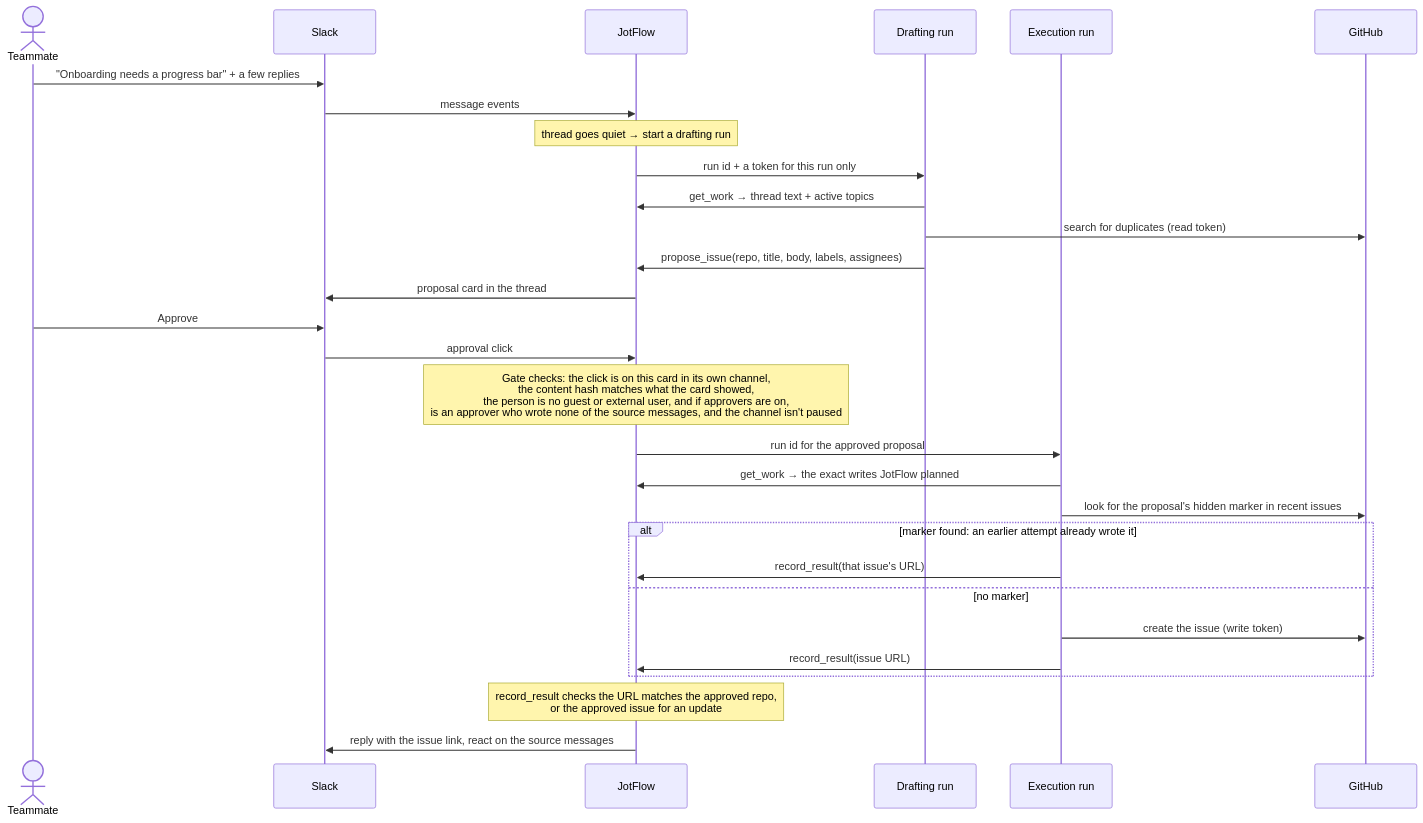
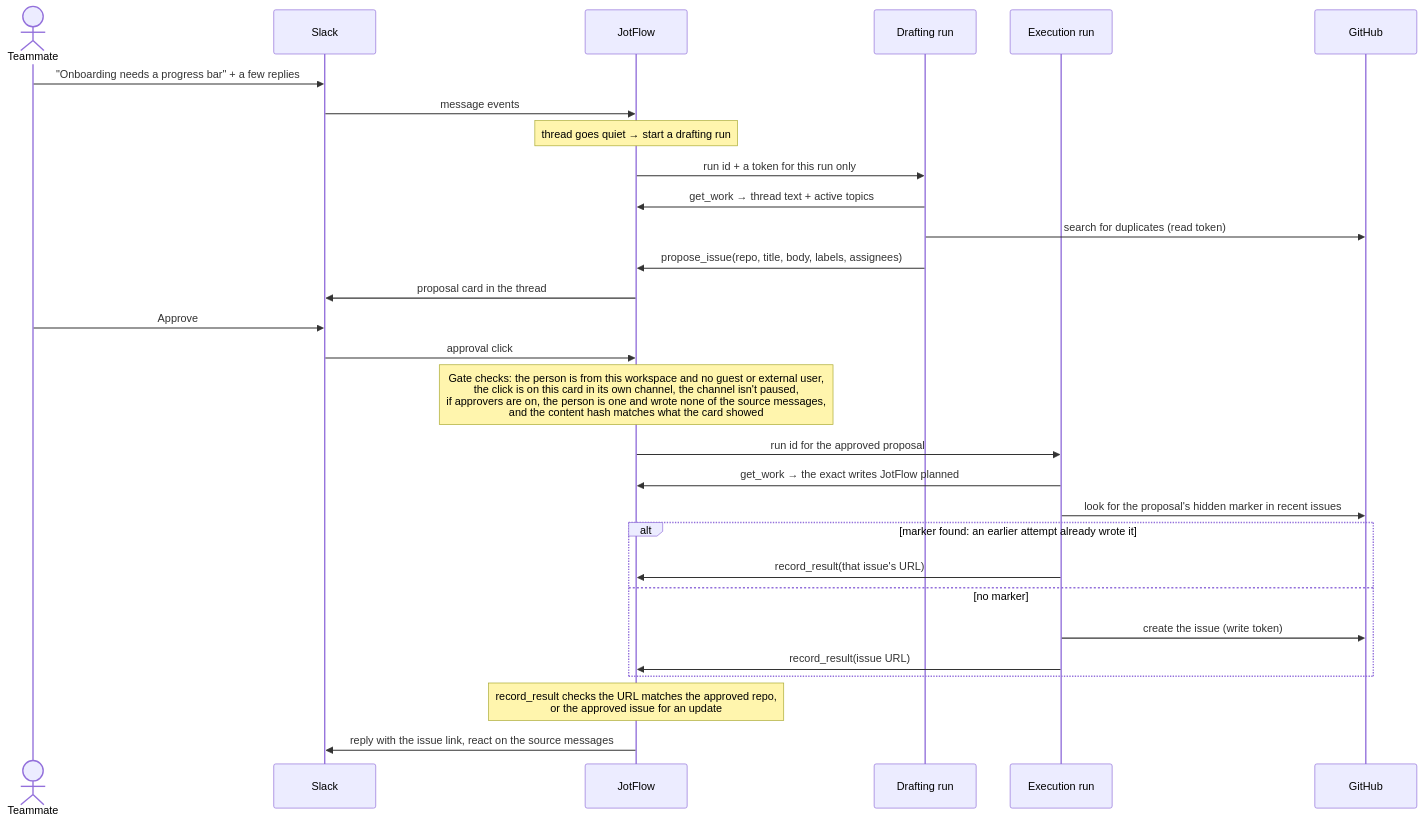
The second of 2 diagrams in README.md (Jnkman787/jotflow), drawn with Mermaid before and after one commit.

Commit message:
docs(readme): list the approval gate's checks in approval.py's order (#224)
* docs(readme): list the approval gate's checks in approval.py's order

Refs #41

* docs(readme): the gate Note's line breaks as the lead worded them

````diff
--- a/README.md
+++ b/README.md
@@ -72,32 +72,32 @@
 ```mermaid
 sequenceDiagram
     actor T as Teammate
     participant S as Slack
     participant U as JotFlow
     participant D as Drafting run
     participant E as Execution run
     participant G as GitHub
 
     T->>S: "Onboarding needs a progress bar" + a few replies
     S->>U: message events
     Note over U: thread goes quiet → start a drafting run
     U->>D: run id + a token for this run only
     D->>U: get_work → thread text + active topics
     D->>G: search for duplicates (read token)
     D->>U: propose_issue(repo, title, body, labels, assignees)
     U->>S: proposal card in the thread
     T->>S: Approve
     S->>U: approval click
-    Note over U: Gate checks: the click is on this card in its own channel,<br/>the content hash matches what the card showed,<br/>the person is no guest or external user, and if approvers are on,<br/>is an approver who wrote none of the source messages, and the channel isn't paused
+    Note over U: Gate checks: the person is from this workspace and no guest or external user,<br/>the click is on this card in its own channel, the channel isn't paused,<br/>if approvers are on, the person is one and wrote none of the source messages,<br/>and the content hash matches what the card showed
     U->>E: run id for the approved proposal
     E->>U: get_work → the exact writes JotFlow planned
     E->>G: look for the proposal's hidden marker in recent issues
     alt marker found: an earlier attempt already wrote it
         E->>U: record_result(that issue's URL)
     else no marker
         E->>G: create the issue (write token)
         E->>U: record_result(issue URL)
     end
     Note over U: record_result checks the URL matches the approved repo,<br/>or the approved issue for an update
     U->>S: reply with the issue link, react on the source messages
 ```
````
